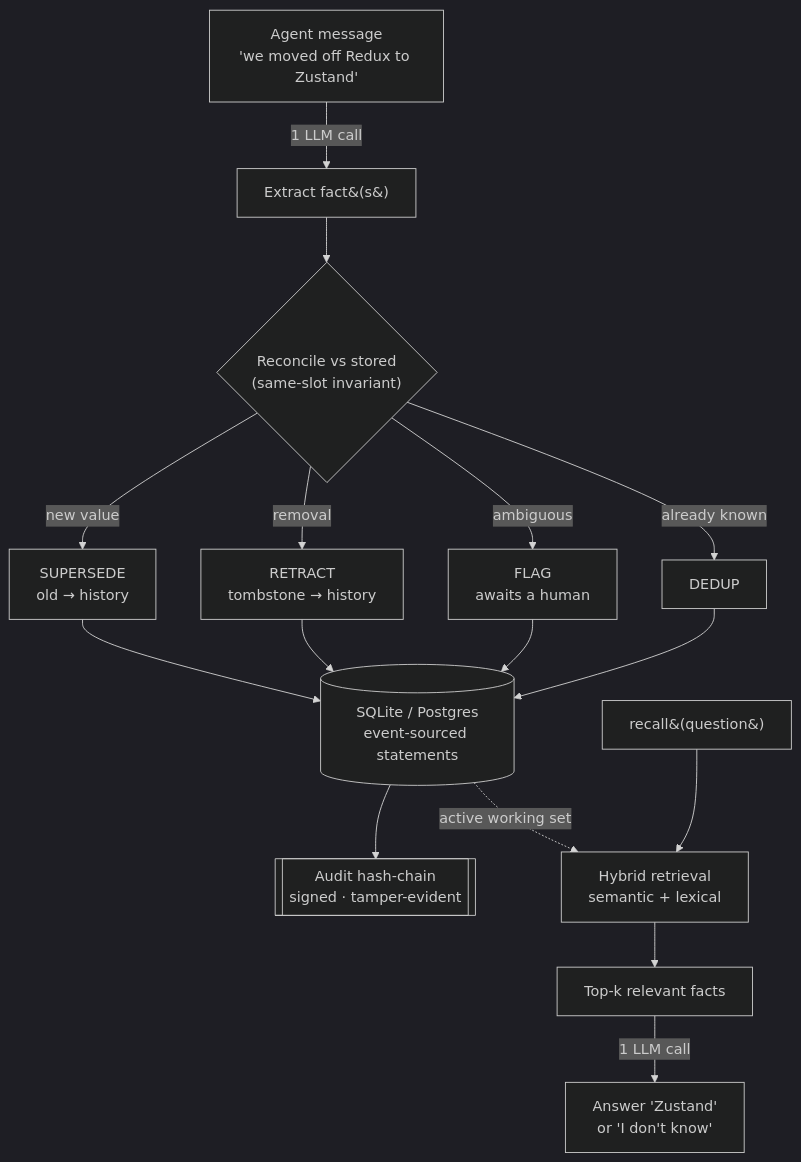
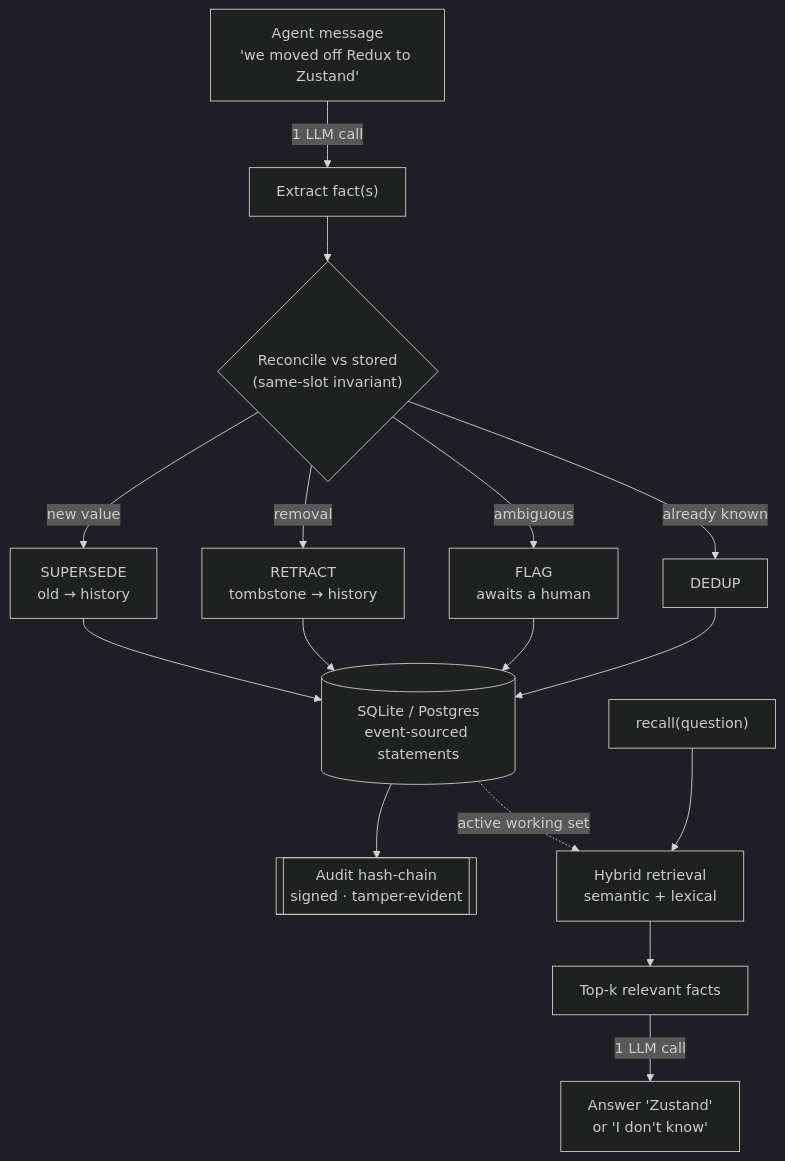
Before and after one commit to vayl-dev/vayl: the diagram in README.md, drawn with Mermaid (dark theme). The commit also changed other lines of this file and 4 other files, not shown here.

````diff
--- a/README.md
+++ b/README.md
@@ -215,19 +224,19 @@
 ```mermaid
 flowchart TD
-    A["Agent message<br/>'we moved off Redux to Zustand'"] -->|1 LLM call| B[Extract fact&#40;s&#41;]
+    A["Agent message<br/>'we moved off Redux to Zustand'"] -->|1 LLM call| B["Extract fact(s)"]
     B --> C{"Reconcile vs stored<br/>(same-slot invariant)"}
     C -->|new value| D[SUPERSEDE<br/>old → history]
     C -->|removal| E[RETRACT<br/>tombstone → history]
     C -->|ambiguous| F[FLAG<br/>awaits a human]
     C -->|already known| G[DEDUP]
     D --> H[("SQLite / Postgres<br/>event-sourced statements")]
     E --> H
     F --> H
     G --> H
     H --> I[["Audit hash-chain<br/>signed · tamper-evident"]]
 
-    Q["recall&#40;question&#41;"] --> R[Hybrid retrieval<br/>semantic + lexical]
+    Q["recall(question)"] --> R["Hybrid retrieval<br/>semantic + lexical"]
     H -. active working set .-> R
     R --> S[Top-k relevant facts]
     S -->|1 LLM call| T["Answer 'Zustand'<br/>or 'I don't know'"]
 ```
````
